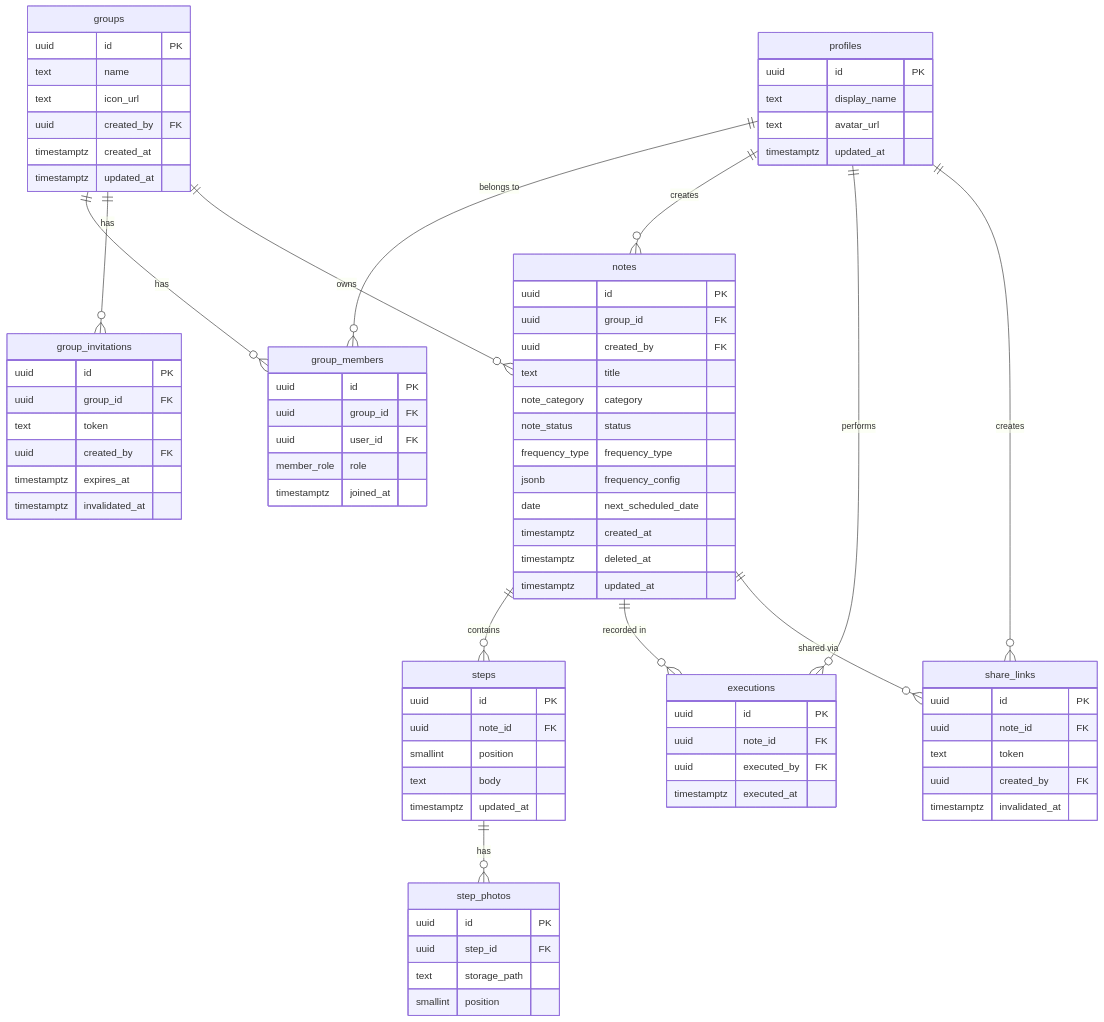
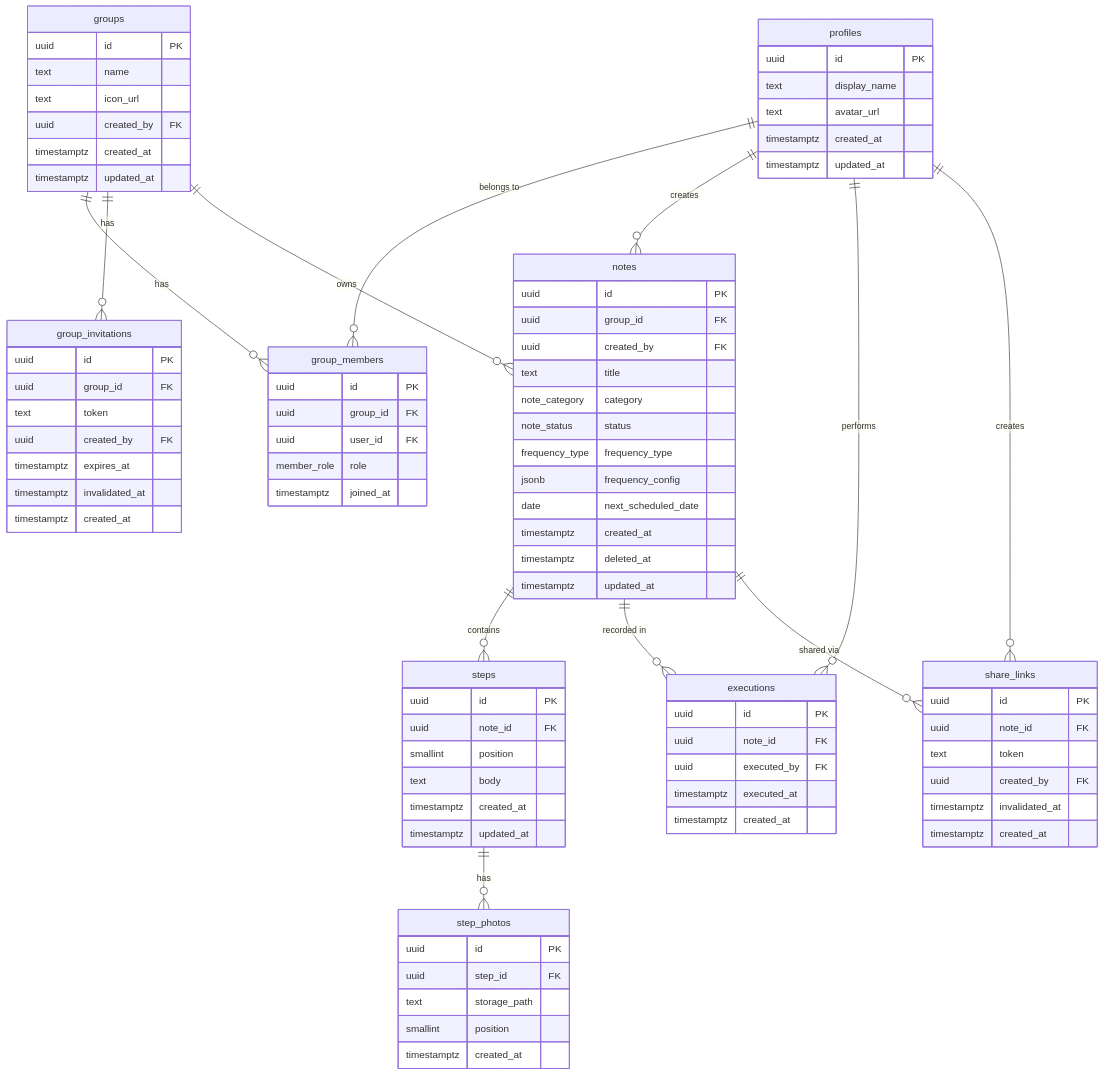
One commit to johnson6128/kaji-note changed the diagram in docs/database-schema.md. Above: the diagram before and after it, drawn with Mermaid. The commit also changed other lines of this file and 2 other files, not shown here.

```diff
--- a/docs/database-schema.md
+++ b/docs/database-schema.md
@@ -13,6 +13,7 @@
         uuid id PK
         text display_name
         text avatar_url
+        timestamptz created_at
         timestamptz updated_at
     }
     groups {
@@ -37,6 +38,7 @@
         uuid created_by FK
         timestamptz expires_at
         timestamptz invalidated_at
+        timestamptz created_at
     }
     notes {
         uuid id PK
@@ -57,6 +59,7 @@
         uuid note_id FK
         smallint position
         text body
+        timestamptz created_at
         timestamptz updated_at
     }
     step_photos {
@@ -64,12 +67,14 @@
         uuid step_id FK
         text storage_path
         smallint position
+        timestamptz created_at
     }
     executions {
         uuid id PK
         uuid note_id FK
         uuid executed_by FK
         timestamptz executed_at
+        timestamptz created_at
     }
     share_links {
         uuid id PK
@@ -77,6 +82,7 @@
         text token
         uuid created_by FK
         timestamptz invalidated_at
+        timestamptz created_at
     }
 
     profiles      ||--o{ group_members     : "belongs to"
```
